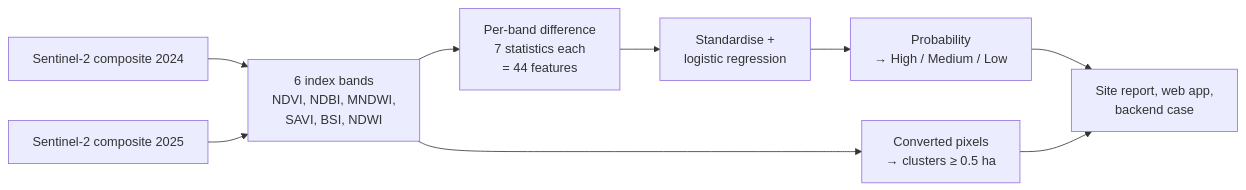
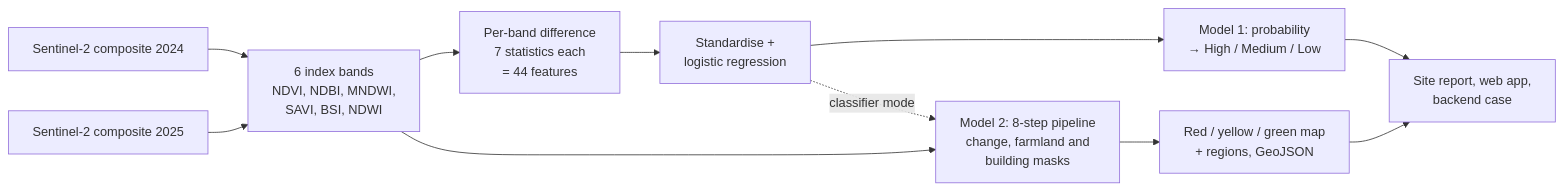
The diagram in README.md (Shahd-M-Elkilany/detecting-encroachment-on-agricultural-land), drawn with Mermaid before and after one commit. The commit also changed other lines of this file and 60 other files, not shown here.

First line of the commit message:
Bring the 8-step pipeline back as Model 2 and evaluate it

````diff
--- a/README.md
+++ b/README.md
@@ -75,11 +118,13 @@
 ```mermaid
 flowchart LR
     A[Sentinel-2 composite 2024] --> C[6 index bands<br/>NDVI, NDBI, MNDWI,<br/>SAVI, BSI, NDWI]
     B[Sentinel-2 composite 2025] --> C
     C --> D[Per-band difference<br/>7 statistics each<br/>= 44 features]
     D --> E[Standardise +<br/>logistic regression]
-    E --> F[Probability<br/>→ High / Medium / Low]
-    C --> G[Converted pixels<br/>→ clusters ≥ 0.5 ha]
+    E --> F[Model 1: probability<br/>→ High / Medium / Low]
+    C --> P[Model 2: 8-step pipeline<br/>change, farmland and<br/>building masks]
+    P --> M[Red / yellow / green map<br/>+ regions, GeoJSON]
+    E -. classifier mode .-> P
     F --> H[Site report, web app,<br/>backend case]
-    G --> H
+    M --> H
 ```
````
